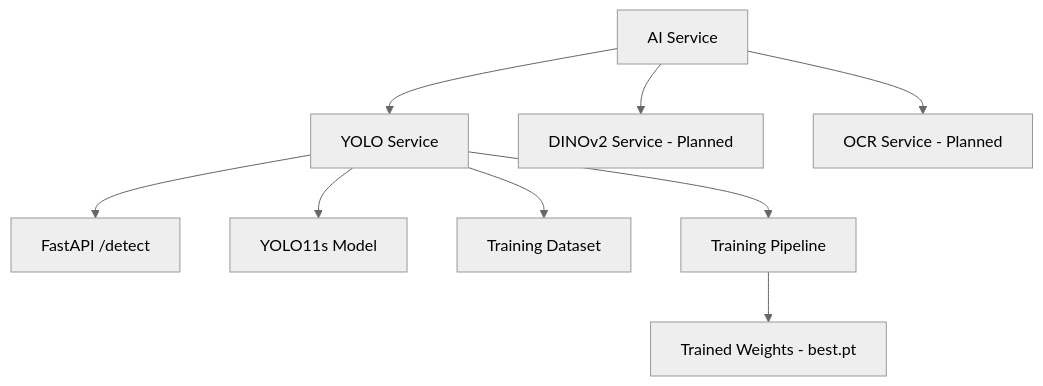
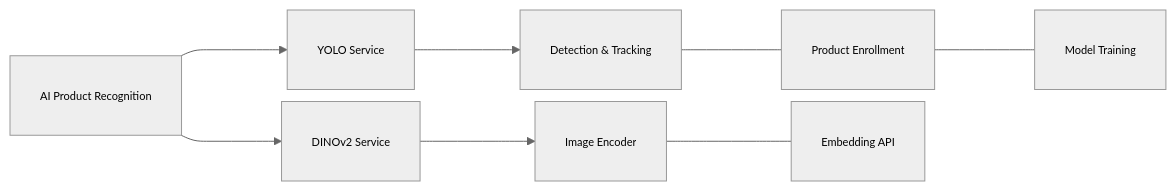
The second of 2 diagrams in ai-service/README.md (sunnydineva/product-recognition), drawn with Mermaid (neutral theme) before and after one commit. The commit also changed other lines of this file and 22 other files, not shown here.

First line of the commit message:
**[ai-service] feat(enrollment): implement product enrollment workflow**

````diff
--- a/ai-service/README.md
+++ b/ai-service/README.md
@@ -50,13 +53,18 @@
 ```mermaid
-flowchart TD
-    A["AI Service"] --> B["YOLO Service"]
-    A --> C["DINOv2 Service - Planned"]
-    A --> D["OCR Service - Planned"]
 
-    B --> E["FastAPI /detect"]
-    B --> F["YOLO11s Model"]
-    B --> G["Training Dataset"]
-    B --> H["Training Pipeline"]
+%%{init: {"flowchart": {"nodeSpacing": 12, "rankSpacing": 25}}}%%
+flowchart LR
+    A["AI Product Recognition"] -----> B["YOLO Service"]
+    A -----> C["DINOv2 Service"]
 
-    H --> I["Trained Weights - best.pt"]
+    B -----> D["Detection & Tracking"]
+    D ------ E["Product Enrollment"]
+    E ------ F["Model Training"]
+
+    C -----> G["Image Encoder"]
+    G ------ H["Embedding API"]
+
+    classDef compact font-size:11px,padding:3px;
+    class A,B,C,D,E,F,G,H compact;
+
 ```
````
